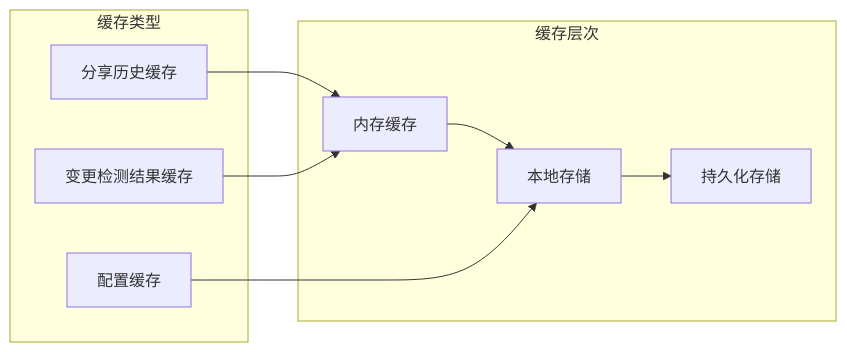
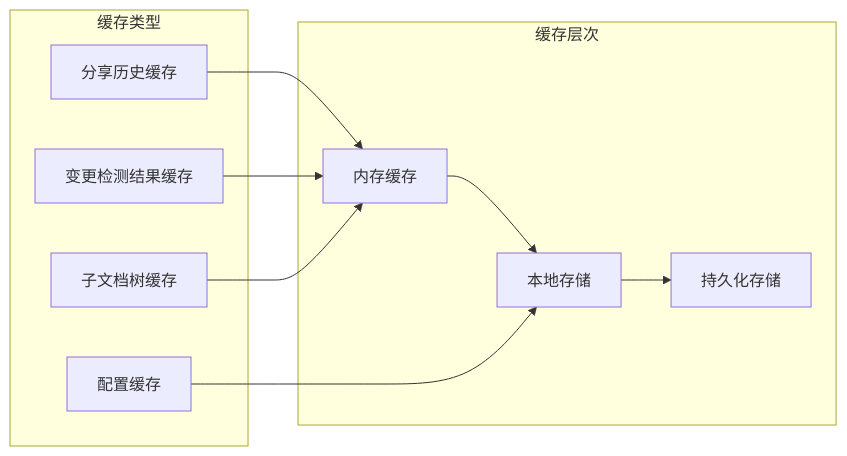
Before and after one commit to terwerinc/siyuan-plugin-share-pro: the eighth of 8 diagrams in .qoder/repowiki/zh/content/子文档分享规范.md, drawn with Mermaid. The commit also changed other lines of this file and 8 other files, not shown here.

````diff
--- a/.qoder/repowiki/zh/content/子文档分享规范.md
+++ b/.qoder/repowiki/zh/content/子文档分享规范.md
@@ -378,15 +465,17 @@
 ```mermaid
 flowchart LR
 subgraph "缓存层次"
 A[内存缓存] --> B[本地存储]
 B --> C[持久化存储]
 end
 subgraph "缓存类型"
 D[分享历史缓存]
 E[配置缓存]
 F[变更检测结果缓存]
+G[子文档树缓存]
 end
 D --> A
 E --> B
 F --> A
+G --> A
 ```
````
